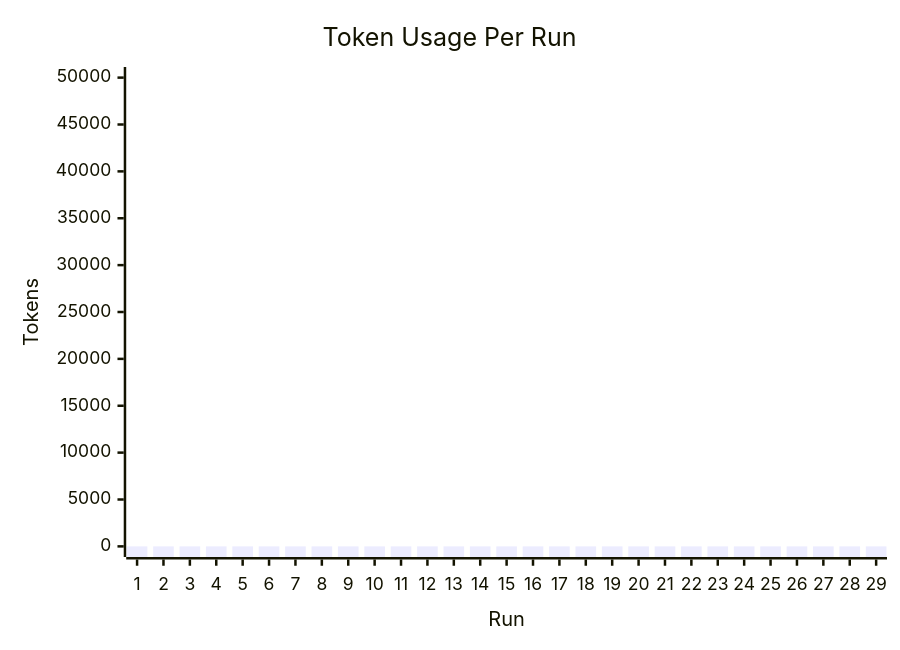
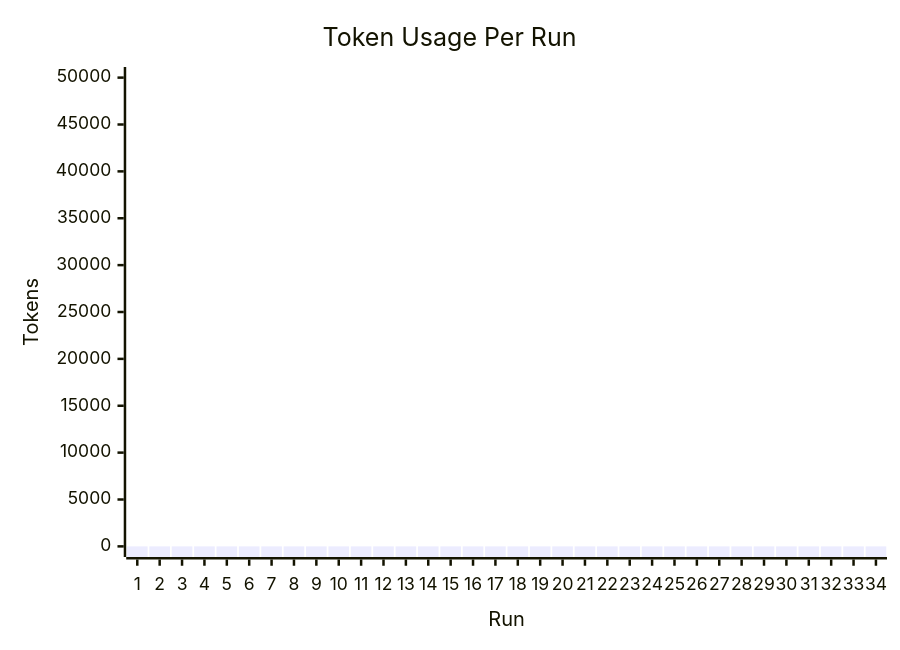
The second of 2 diagrams in reports-versioned/aggregated/run-results-dashboard.md (Jit-Paul-2008/Hexamind), drawn with Mermaid before and after one commit. The commit also changed other lines of this file and 64 other files, not shown here.

````diff
--- a/reports-versioned/aggregated/run-results-dashboard.md
+++ b/reports-versioned/aggregated/run-results-dashboard.md
@@ -23,7 +23,7 @@
 ```mermaid
 xychart-beta
     title "Token Usage Per Run"
-    x-axis "Run" [1, 2, 3, 4, 5, 6, 7, 8, 9, 10, 11, 12, 13, 14, 15, 16, 17, 18, 19, 20, 21, 22, 23, 24, 25, 26, 27, 28, 29]
+    x-axis "Run" [1, 2, 3, 4, 5, 6, 7, 8, 9, 10, 11, 12, 13, 14, 15, 16, 17, 18, 19, 20, 21, 22, 23, 24, 25, 26, 27, 28, 29, 30, 31, 32, 33, 34]
     y-axis "Tokens" 0 --> 50000
-    bar "TokensUsed" [0, 0, 0, 0, 0, 0, 0, 0, 0, 0, 0, 0, 0, 0, 0, 0, 0, 0, 0, 0, 0, 0, 0, 0, 0, 0, 0, 0, 0]
+    bar "TokensUsed" [0, 0, 0, 0, 0, 0, 0, 0, 0, 0, 0, 0, 0, 0, 0, 0, 0, 0, 0, 0, 0, 0, 0, 0, 0, 0, 0, 0, 0, 0, 0, 0, 0, 0]
 ```
````
